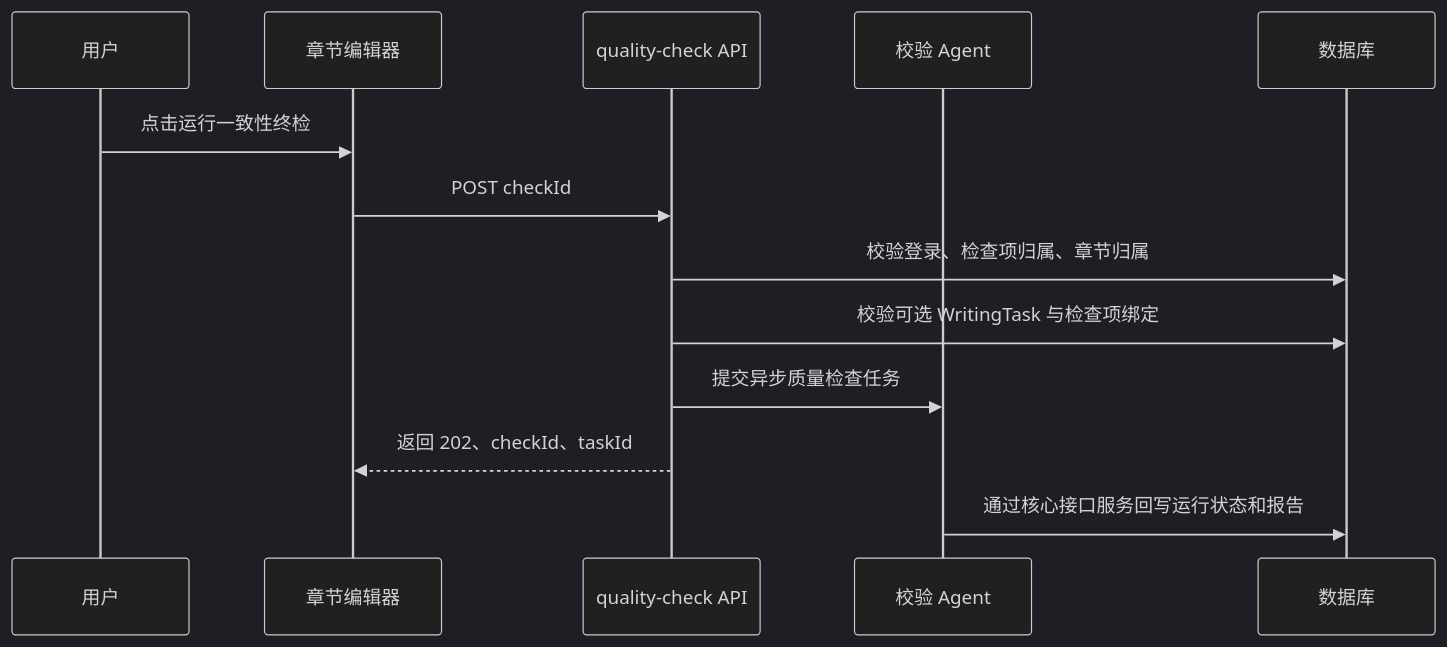
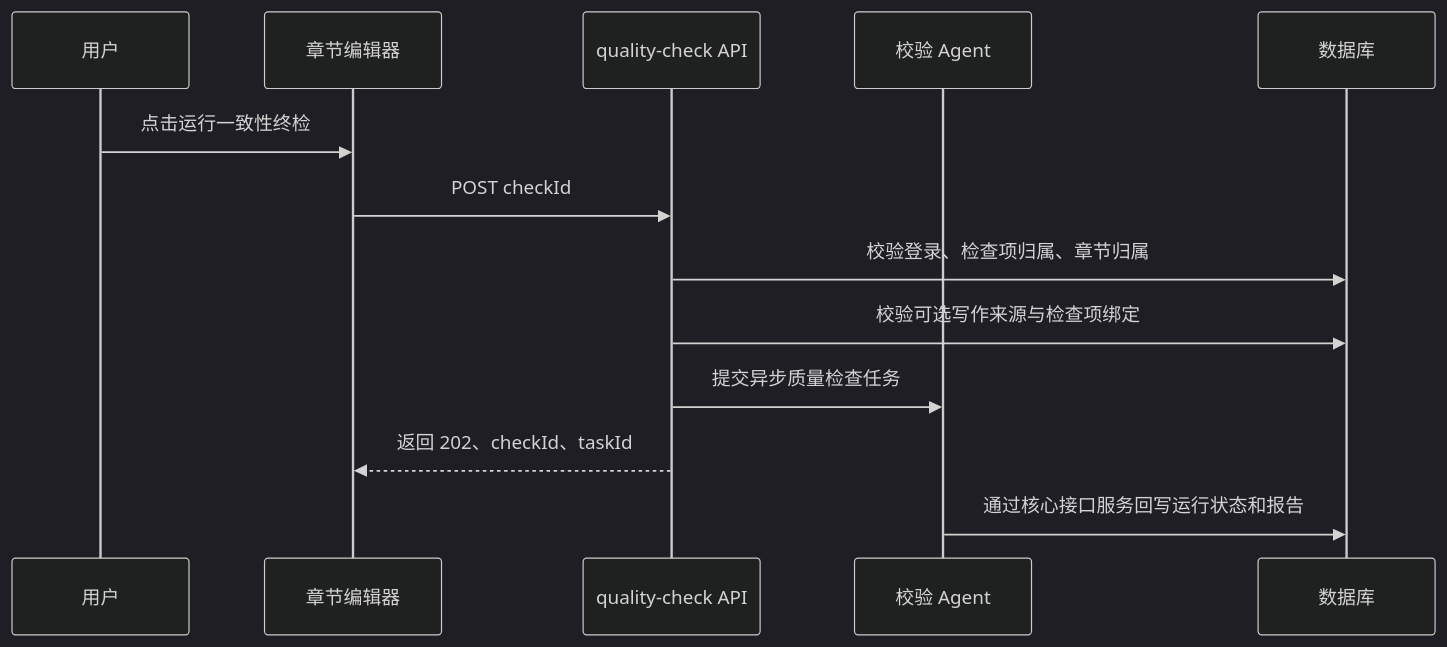
One commit to chimeiwang/Smart-Novel-Gen-nie changed the fourth of 4 diagrams in docs/requirements/04-review-quality-and-workflow.md. Above: the diagram before and after it, drawn with Mermaid (dark theme). The commit also changed other lines of this file and 95 other files, not shown here.

```diff
--- a/docs/requirements/04-review-quality-and-workflow.md
+++ b/docs/requirements/04-review-quality-and-workflow.md
@@ -310,16 +323,16 @@
 ~~~mermaid
 sequenceDiagram
     participant U as 用户
     participant UI as 章节编辑器
     participant API as quality-check API
     participant V as 校验 Agent
     participant DB as 数据库
 
     U->>UI: 点击运行一致性终检
     UI->>API: POST checkId
     API->>DB: 校验登录、检查项归属、章节归属
-    API->>DB: 校验可选 WritingTask 与检查项绑定
+    API->>DB: 校验可选写作来源与检查项绑定
     API->>V: 提交异步质量检查任务
     API-->>UI: 返回 202、checkId、taskId
     V->>DB: 通过核心接口服务回写运行状态和报告
 ~~~
```
